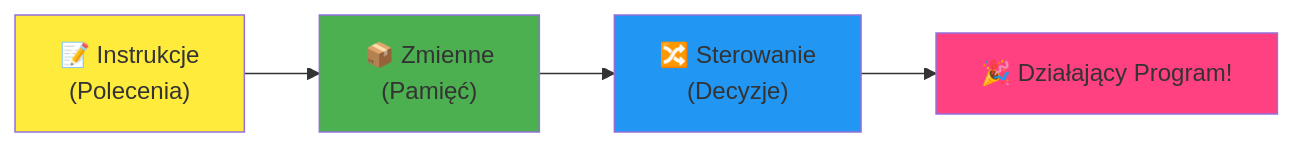
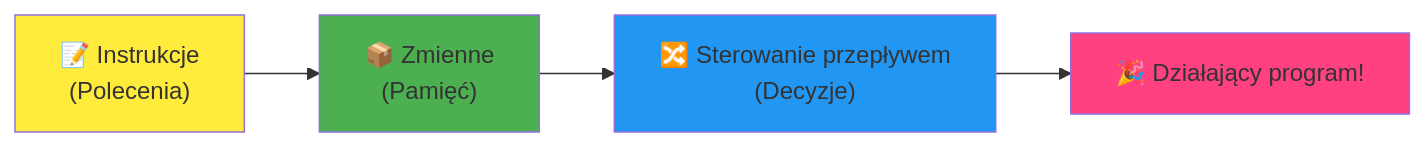
The fourth of 7 diagrams in translations/pl/1-getting-started-lessons/1-intro-to-programming-languages/README.md (microsoft/Web-Dev-For-Beginners), drawn with Mermaid before and after one commit. The commit also changed other lines of this file and 11 other files, not shown here.

````diff
--- a/translations/pl/1-getting-started-lessons/1-intro-to-programming-languages/README.md
+++ b/translations/pl/1-getting-started-lessons/1-intro-to-programming-languages/README.md
@@ -467,9 +467,9 @@
 ```mermaid
 flowchart LR
-    A["📝 Instrukcje<br/>(Polecenia)"] --> B["📦 Zmienne<br/>(Pamięć)"] --> C["🔀 Sterowanie<br/>(Decyzje)"] --> D["🎉 Działający Program!"]
+    A["📝 Instrukcje<br/>(Polecenia)"] --> B["📦 Zmienne<br/>(Pamięć)"] --> C["🔀 Sterowanie przepływem<br/>(Decyzje)"] --> D["🎉 Działający program!"]
     
     style A fill:#ffeb3b
     style B fill:#4caf50
     style C fill:#2196f3
     style D fill:#ff4081
 ```
````
